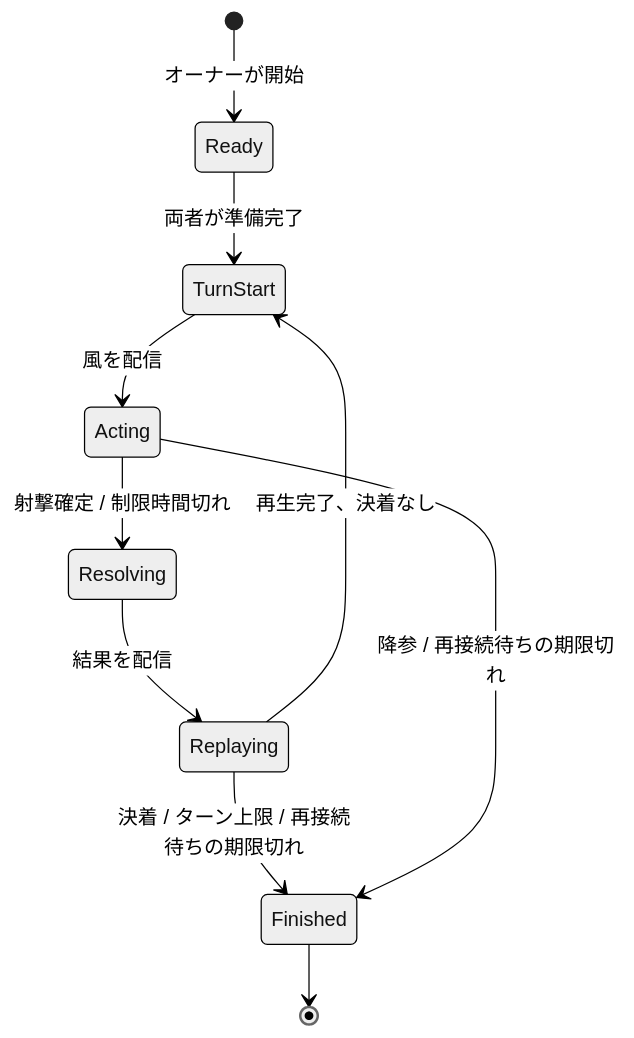
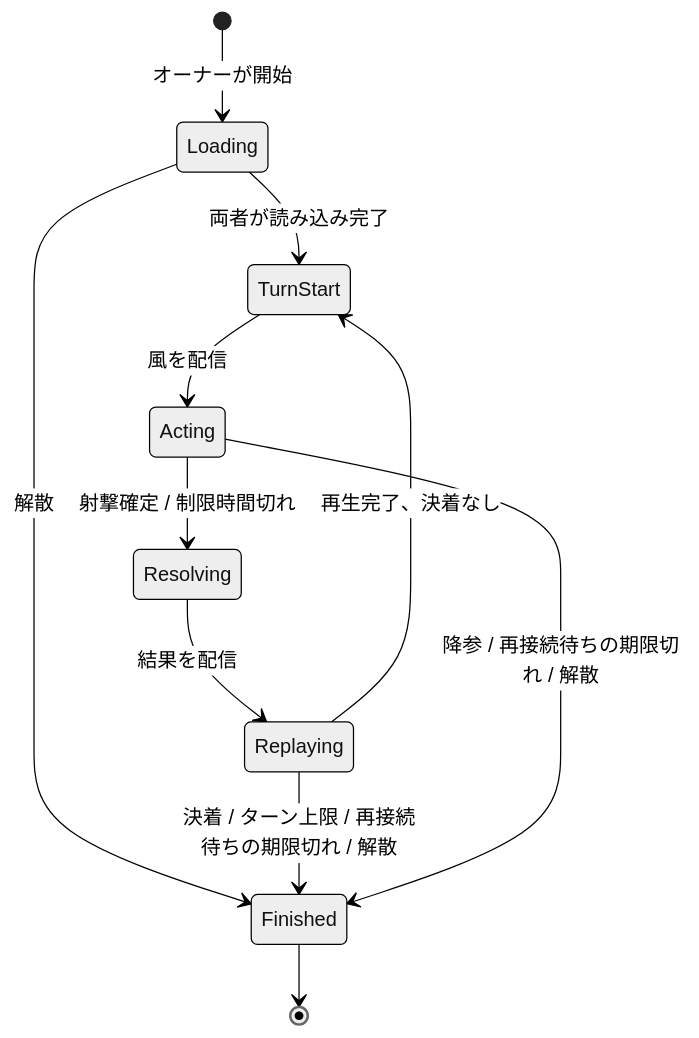
The diagram in docs/design/04-turn-state-machine.md (oathkite/game), drawn with Mermaid (neutral theme) before and after one commit. The commit also changed other lines of this file and 9 other files, not shown here.

````diff
--- a/docs/design/04-turn-state-machine.md
+++ b/docs/design/04-turn-state-machine.md
@@ -10,12 +10,13 @@
 ```mermaid
 stateDiagram-v2
-    [*] --> Ready: オーナーが開始
-    Ready --> TurnStart: 両者が準備完了
+    [*] --> Loading: オーナーが開始
+    Loading --> TurnStart: 両者が読み込み完了
+    Loading --> Finished: 解散
     TurnStart --> Acting: 風を配信
     Acting --> Resolving: 射撃確定 / 制限時間切れ
     Resolving --> Replaying: 結果を配信
     Replaying --> TurnStart: 再生完了、決着なし
-    Replaying --> Finished: 決着 / ターン上限 / 再接続待ちの期限切れ
-    Acting --> Finished: 降参 / 再接続待ちの期限切れ
+    Replaying --> Finished: 決着 / ターン上限 / 再接続待ちの期限切れ / 解散
+    Acting --> Finished: 降参 / 再接続待ちの期限切れ / 解散
     Finished --> [*]
 ```
````
